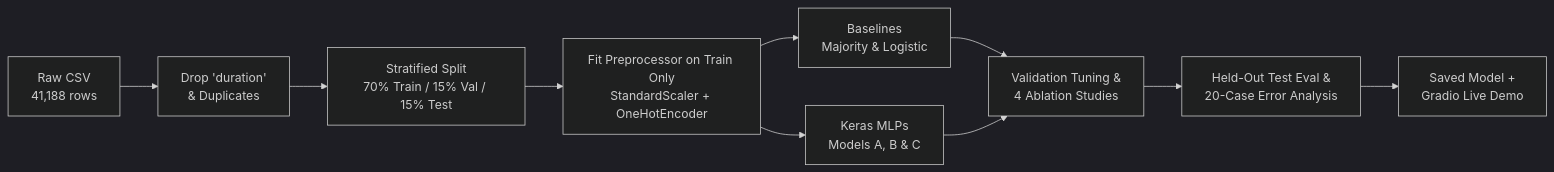
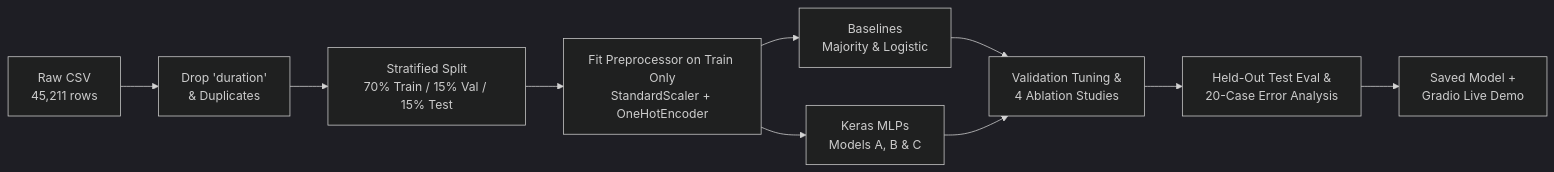
The diagram in README.md (tarnished693-max/bank-marketing-mlp), drawn with Mermaid (dark theme) before and after one commit. The commit also changed other lines of this file and 9 other files, not shown here.

````diff
--- a/README.md
+++ b/README.md
@@ -86,20 +86,20 @@
 ```mermaid
 flowchart LR
     A[Raw CSV
-41,188 rows] --> B[Drop 'duration'
+45,211 rows] --> B[Drop 'duration'
 & Duplicates]
     B --> C[Stratified Split
 70% Train / 15% Val / 15% Test]
     C --> D[Fit Preprocessor on Train Only
 StandardScaler + OneHotEncoder]
     D --> E[Baselines
 Majority & Logistic]
     D --> F[Keras MLPs
 Models A, B & C]
     E & F --> G[Validation Tuning &
 4 Ablation Studies]
     G --> H[Held-Out Test Eval &
 20-Case Error Analysis]
     H --> I[Saved Model +
 Gradio Live Demo]
 ```
````
